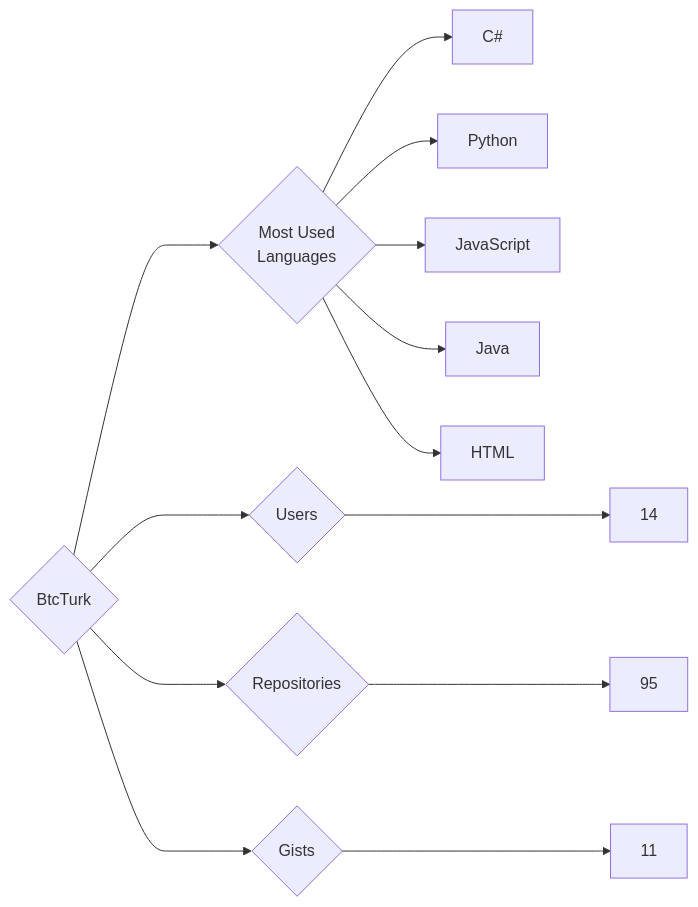
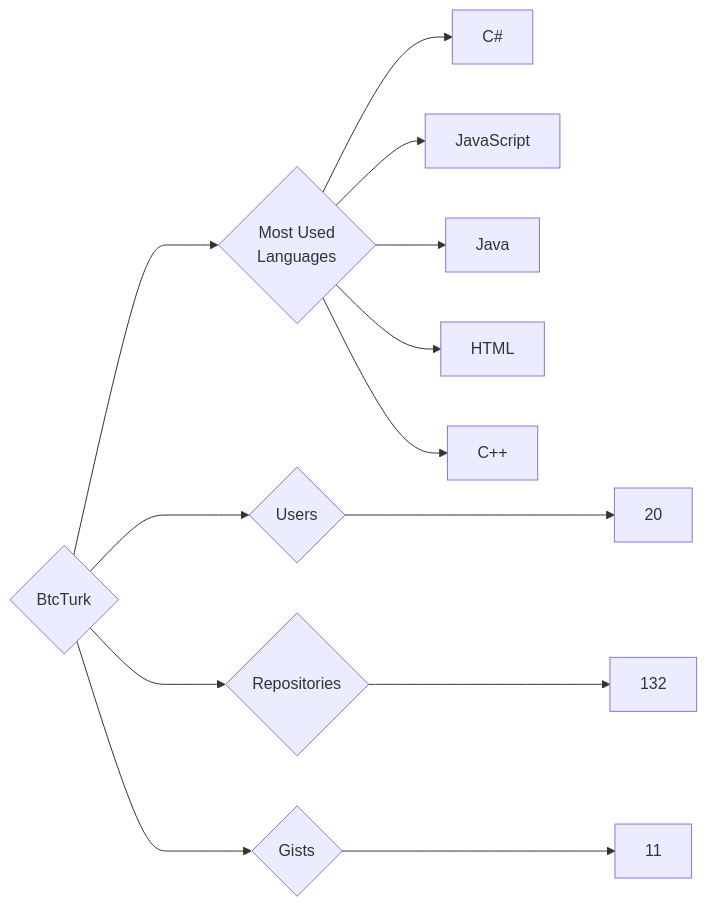
Before and after one commit to trickest/insiders: the diagram in targets/BtcTurk/README.md, drawn with Mermaid. The commit also changed 924 other files, not shown here.

````diff
--- a/targets/BtcTurk/README.md
+++ b/targets/BtcTurk/README.md
@@ -3,13 +3,13 @@
 ```mermaid
 graph LR
 COMPANY_NAME{BtcTurk}
-COMPANY_NAME ---> U{Users} ---> UN[14]
-COMPANY_NAME ---> R{Repositories} ---> RN[95]
+COMPANY_NAME ---> U{Users} ---> UN[20]
+COMPANY_NAME ---> R{Repositories} ---> RN[132]
 COMPANY_NAME ---> G{Gists} ---> GN[11]
 COMPANY_NAME ---> ML{Most Used<br>Languages}
 ML --> C#[C#]
-ML --> Python[Python]
 ML --> JavaScript[JavaScript]
 ML --> Java[Java]
 ML --> HTML[HTML]
+ML --> C++[C++]
 ```
````
